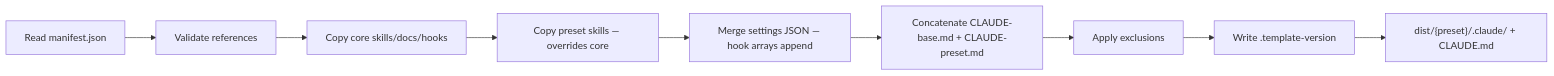
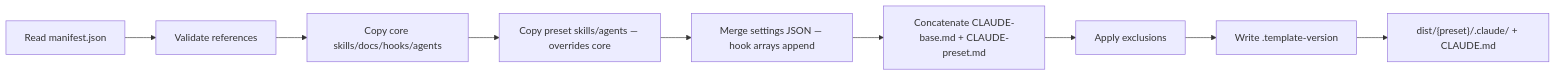
One commit to cdcoonce/claude-workflow changed the second of 3 diagrams in README.md. Above: the diagram before and after it, drawn with Mermaid. The commit also changed other lines of this file, not shown here.

````diff
--- a/README.md
+++ b/README.md
@@ -109,11 +118,11 @@
 ```mermaid
 flowchart LR
     A[Read manifest.json] --> B[Validate references]
-    B --> C[Copy core skills/docs/hooks]
-    C --> D[Copy preset skills — overrides core]
+    B --> C[Copy core skills/docs/hooks/agents]
+    C --> D[Copy preset skills/agents — overrides core]
     D --> E[Merge settings JSON — hook arrays append]
     E --> F[Concatenate CLAUDE-base.md + CLAUDE-preset.md]
     F --> G[Apply exclusions]
     G --> H[Write .template-version]
     H --> I["dist/{preset}/.claude/ + CLAUDE.md"]
 ```
````
